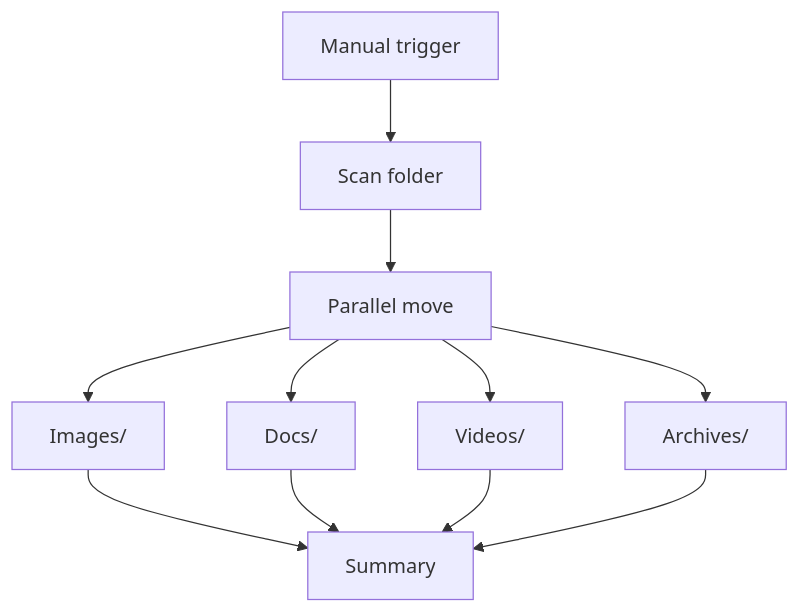
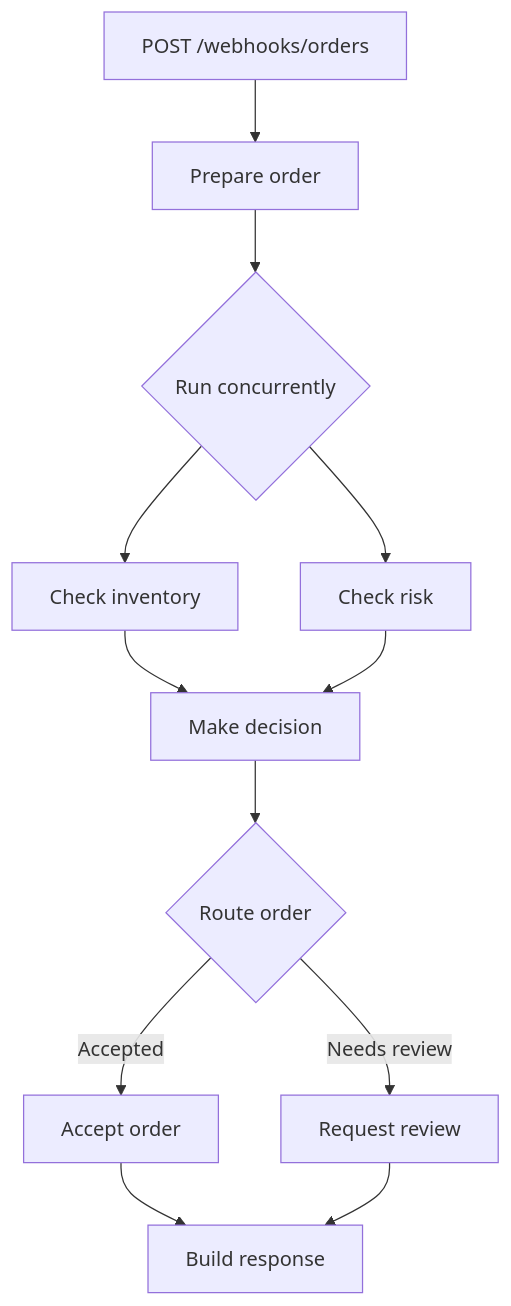
The diagram in README.md (dali-benothmen/woml), drawn with Mermaid before and after one commit. The commit also changed other lines of this file and 3 other files, not shown here.

````diff
--- a/README.md
+++ b/README.md
@@ -173,13 +223,14 @@
 ```mermaid
-graph TD
-    A[Manual trigger] --> B[Scan folder]
-    B --> C[Parallel move]
-    C --> D[Images/]
-    C --> E[Docs/]
-    C --> F[Videos/]
-    C --> G[Archives/]
-    D --> H[Summary]
-    E --> H
-    F --> H
-    G --> H
+flowchart TD
+    trigger[POST /webhooks/orders] --> prepare[Prepare order]
+    prepare --> parallel{Run concurrently}
+    parallel --> inventory[Check inventory]
+    parallel --> risk[Check risk]
+    inventory --> decision[Make decision]
+    risk --> decision
+    decision --> route{Route order}
+    route -->|Accepted| accept[Accept order]
+    route -->|Needs review| review[Request review]
+    accept --> response[Build response]
+    review --> response
 ```
````
